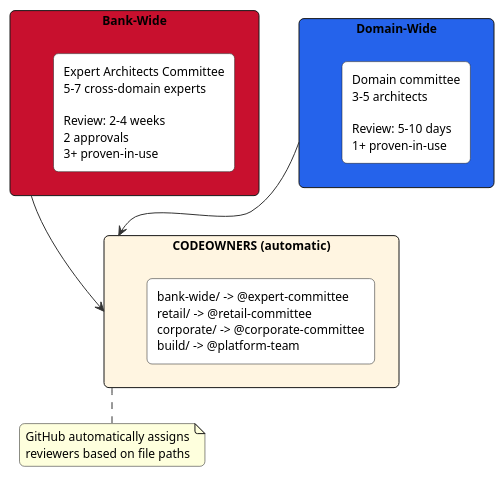
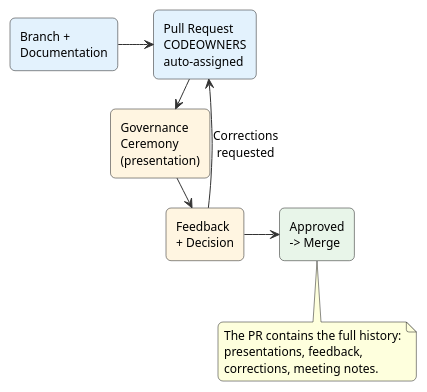
Before and after one commit to KiyaliHQ/proven-reusable-architecture: the fourth of 6 diagrams in content/pras/en/overview.adoc, drawn with PlantUML. The commit also changed other lines of this file and 2 other files, not shown here.

First line of the commit message:
feat: rewrite overview page inspired by stakeholder presentation

```diff
--- a/content/pras/en/overview.adoc
+++ b/content/pras/en/overview.adoc
@@ -197,32 +247,28 @@
 [plantuml]
 ----
 @startuml
 skinparam backgroundColor transparent
-skinparam defaultFontName "Segoe UI"
 skinparam defaultFontSize 12
 skinparam shadowing false
 skinparam roundCorner 10
 skinparam ArrowColor #333333
 
-rectangle "Bank-Wide" as bw #c8102e {
-  rectangle "Expert Architects Committee\n5-7 cross-domain experts\n\nReview: 2-4 weeks\n2 approvals\n3+ proven-in-use" as bw_rules #ffffff
-}
+rectangle "Branch +\nDocumentation" as s1 #e3f2fd
+rectangle "Pull Request\nCODEOWNERS\nauto-assigned" as s2 #e3f2fd
+rectangle "Governance\nCeremony\n(presentation)" as s3 #fff5e1
+rectangle "Feedback\n+ Decision" as s4 #fff5e1
+rectangle "Approved\n-> Merge" as s5 #e8f5e9
 
-rectangle "Domain-Wide" as dw #2563eb {
-  rectangle "Domain committee\n3-5 architects\n\nReview: 5-10 days\n1+ proven-in-use" as dw_rules #ffffff
-}
+s1 -right-> s2
+s2 -right-> s3
+s3 -right-> s4
+s4 -right-> s5
+s4 -up-> s2 : Corrections\nrequested
 
-rectangle "CODEOWNERS (automatic)" as co #fff5e1 {
-  rectangle "bank-wide/ -> @expert-committee\nretail/ -> @retail-committee\ncorporate/ -> @corporate-committee\nbuild/ -> @platform-team" as co_rules #ffffff
-}
-
-bw -[hidden]right-> dw
-bw -down-> co
-dw -down-> co
-
-note bottom of co
-  GitHub automatically assigns
-  reviewers based on file paths
+note bottom of s5
+  The PR contains the full history:
+  presentations, feedback,
+  corrections, meeting notes.
 end note
 @enduml
 ----
```
